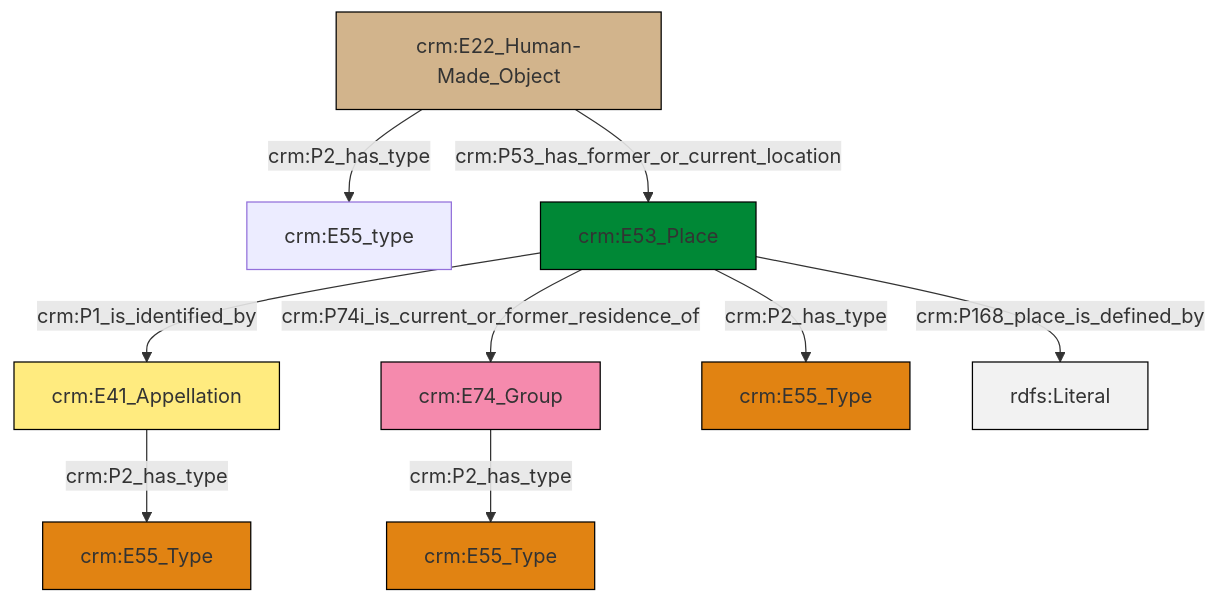
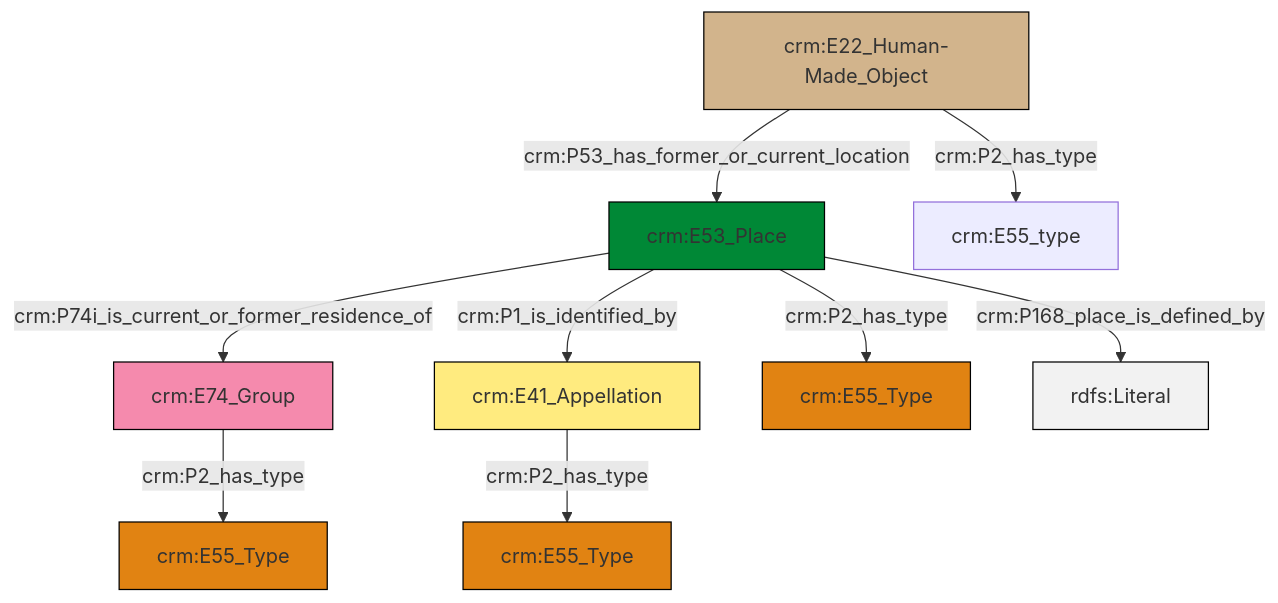
The diagram in et/artworkCSV/ttl/mmd/Artwork_Location.ttl.mmd (swiss-art-research-net/reference-data-models), drawn with Mermaid before and after one commit. The commit also changed 123 other files, not shown here.

```diff
--- a/et/artworkCSV/ttl/mmd/Artwork_Location.ttl.mmd
+++ b/et/artworkCSV/ttl/mmd/Artwork_Location.ttl.mmd
@@ -1,23 +1,23 @@
 graph TD
 classDef Literal fill:#f2f2f2,stroke:#000000;
 classDef CRM_Entity fill:#FFFFFF,stroke:#000000;
 classDef Temporal_Entity fill:#00C9E6, stroke:#000000;
 classDef Type fill:#E18312, stroke:#000000;
 classDef Time-Span fill:#2C9C91, stroke:#000000;
 classDef Appellation fill:#FFEB7F, stroke:#000000;
 classDef Place fill:#008836, stroke:#000000;
 classDef Persistent_Item fill:#B266B2, stroke:#000000;
 classDef Conceptual_Object fill:#FFD700, stroke:#000000;
 classDef Physical_Thing fill:#D2B48C, stroke:#000000;
 classDef Actor fill:#f58aad, stroke:#000000;
 classDef PC_Classes fill:#4ce600, stroke:#000000;
 classDef Multi fill:#cccccc,stroke:#000000;
 
-2["crm:E41_Appellation"]:::Appellation -->|crm:P2_has_type| 4["crm:E55_Type"]:::Type
-9["crm:E74_Group"]:::Actor -->|crm:P2_has_type| 7["crm:E55_Type"]:::Type
-5["crm:E53_Place"]:::Place -->|crm:P1_is_identified_by| 2["crm:E41_Appellation"]:::Appellation
-5["crm:E53_Place"]:::Place -->|crm:P168_place_is_defined_by| 18[rdfs:Literal]:::Literal
-5["crm:E53_Place"]:::Place -->|crm:P2_has_type| 15["crm:E55_Type"]:::Type
-13["crm:E22_Human-Made_Object"]:::Physical_Thing -->|crm:P53_has_former_or_current_location| 5["crm:E53_Place"]:::Place
-5["crm:E53_Place"]:::Place -->|crm:P74i_is_current_or_former_residence_of| 9["crm:E74_Group"]:::Actor
-13["crm:E22_Human-Made_Object"]:::Physical_Thing -->|crm:P2_has_type| 0["crm:E55_type"]:::Default
+2["crm:E74_Group"]:::Actor -->|crm:P2_has_type| 3["crm:E55_Type"]:::Type
+0["crm:E53_Place"]:::Place -->|crm:P74i_is_current_or_former_residence_of| 2["crm:E74_Group"]:::Actor
+7["crm:E22_Human-Made_Object"]:::Physical_Thing -->|crm:P2_has_type| 5["crm:E55_type"]:::Default
+7["crm:E22_Human-Made_Object"]:::Physical_Thing -->|crm:P53_has_former_or_current_location| 0["crm:E53_Place"]:::Place
+8["crm:E41_Appellation"]:::Appellation -->|crm:P2_has_type| 9["crm:E55_Type"]:::Type
+0["crm:E53_Place"]:::Place -->|crm:P1_is_identified_by| 8["crm:E41_Appellation"]:::Appellation
+0["crm:E53_Place"]:::Place -->|crm:P168_place_is_defined_by| 13[rdfs:Literal]:::Literal
+0["crm:E53_Place"]:::Place -->|crm:P2_has_type| 11["crm:E55_Type"]:::Type
```
